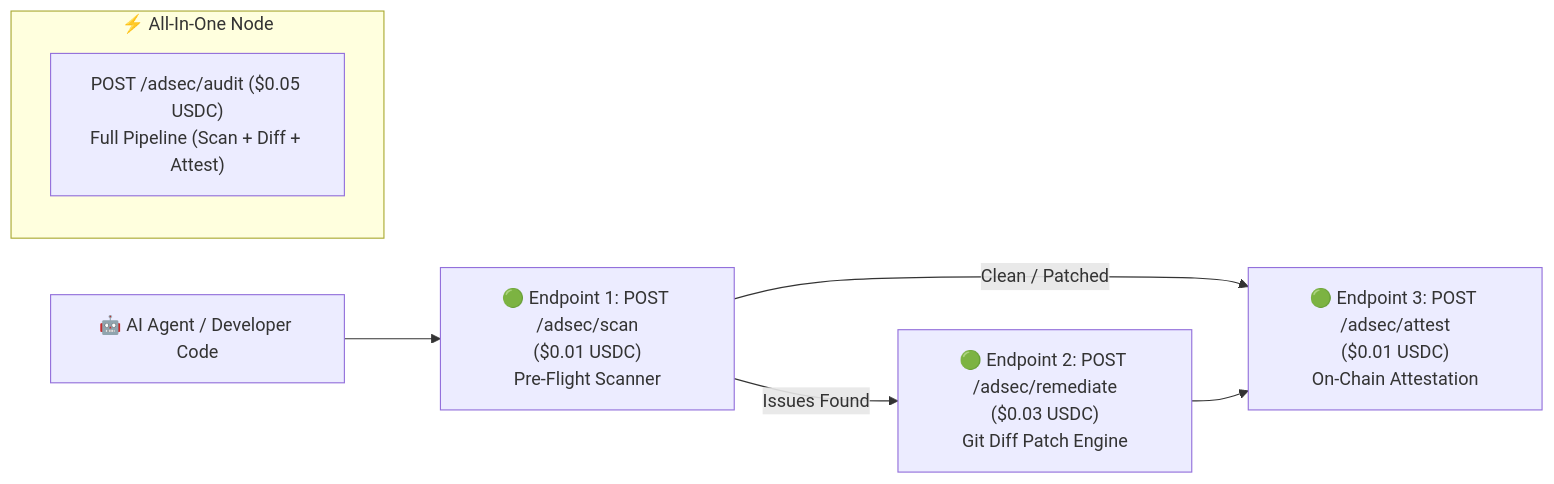
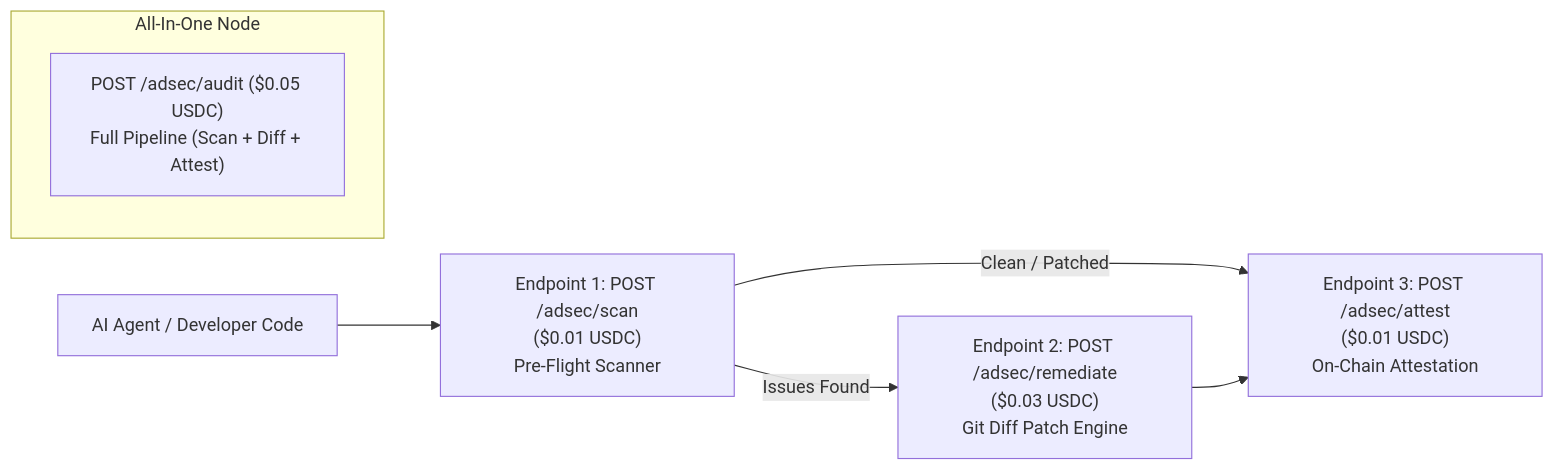
The diagram in features.md (vishnunandan555/Mesh402X), drawn with Mermaid before and after one commit. The commit also changed other lines of this file and 4 other files, not shown here.

Commit message:
docs: clean emojis and synchronize all markdown documentation

````diff
--- a/features.md
+++ b/features.md
@@ -12,11 +12,11 @@
 ```mermaid
 flowchart LR
-    A["🤖 AI Agent / Developer Code"] --> B["🟢 Endpoint 1: POST /adsec/scan\n($0.01 USDC)\nPre-Flight Scanner"]
-    B -->|Issues Found| C["🟢 Endpoint 2: POST /adsec/remediate\n($0.03 USDC)\nGit Diff Patch Engine"]
-    B -->|Clean / Patched| D["🟢 Endpoint 3: POST /adsec/attest\n($0.01 USDC)\nOn-Chain Attestation"]
+    A["AI Agent / Developer Code"] --> B["Endpoint 1: POST /adsec/scan\n($0.01 USDC)\nPre-Flight Scanner"]
+    B -->|Issues Found| C["Endpoint 2: POST /adsec/remediate\n($0.03 USDC)\nGit Diff Patch Engine"]
+    B -->|Clean / Patched| D["Endpoint 3: POST /adsec/attest\n($0.01 USDC)\nOn-Chain Attestation"]
     C --> D
     
-    subgraph Unified["⚡ All-In-One Node"]
+    subgraph Unified["All-In-One Node"]
         E["POST /adsec/audit ($0.05 USDC)\nFull Pipeline (Scan + Diff + Attest)"]
     end
 ```
````
